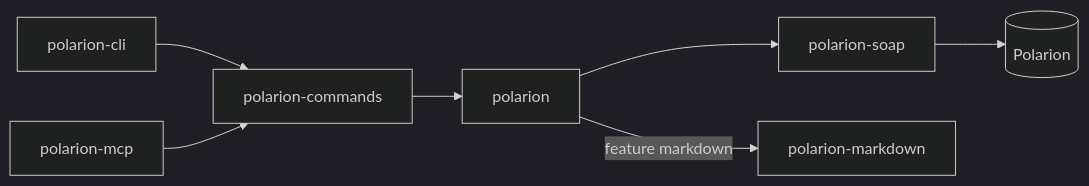
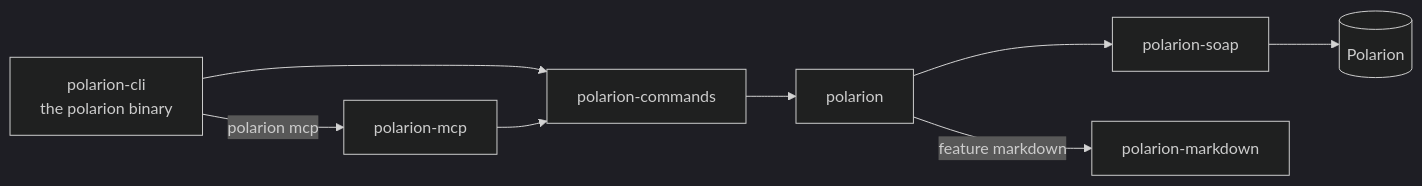
One commit to KevinGliewe/Polarion-rs changed the diagram in docs/README.md. Above: the diagram before and after it, drawn with Mermaid (dark theme). The commit also changed other lines of this file and 40 other files, not shown here.

First line of the commit message:
One binary: the MCP server is `polarion mcp`; releases ship bare executables

````diff
--- a/docs/README.md
+++ b/docs/README.md
@@ -6,9 +6,10 @@
 ```mermaid
 flowchart LR
-    cli["polarion-cli"] --> commands["polarion-commands"]
-    mcp["polarion-mcp"] --> commands
+    cli["polarion-cli<br/>the polarion binary"] --> commands["polarion-commands"]
+    cli -- "polarion mcp" --> mcp["polarion-mcp"]
+    mcp --> commands
     commands --> lib["polarion"]
     lib --> soap["polarion-soap"]
     lib -- "feature markdown" --> md["polarion-markdown"]
     soap --> server[("Polarion")]
 ```
````
